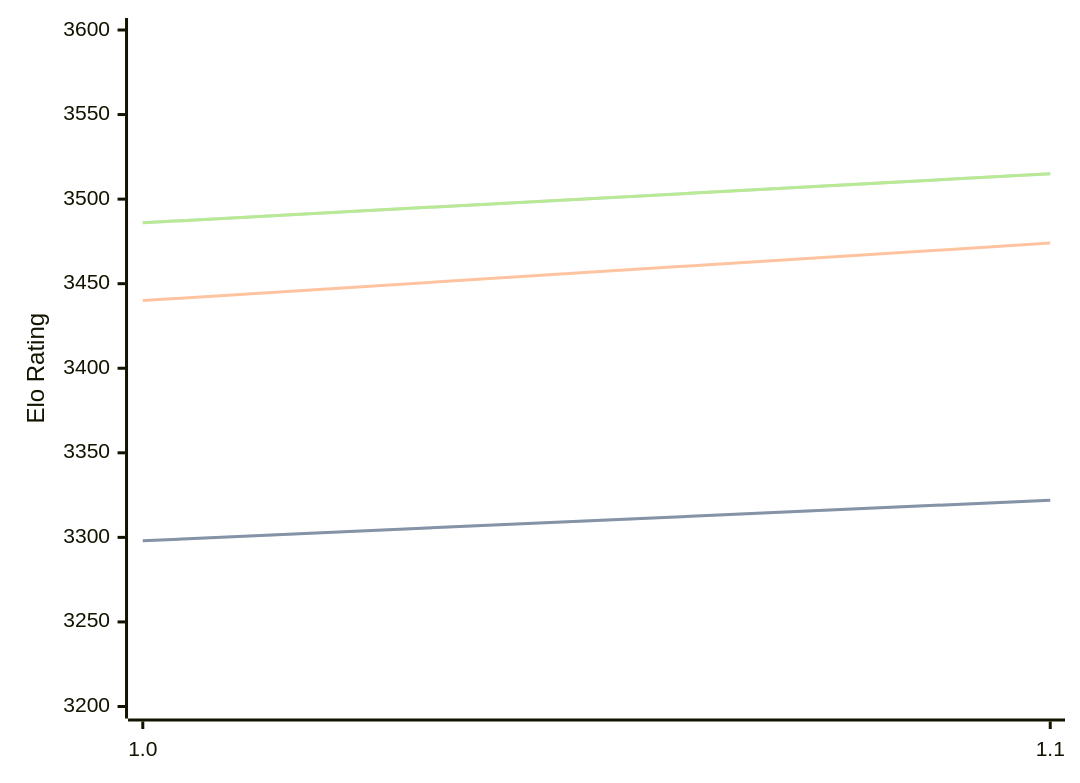
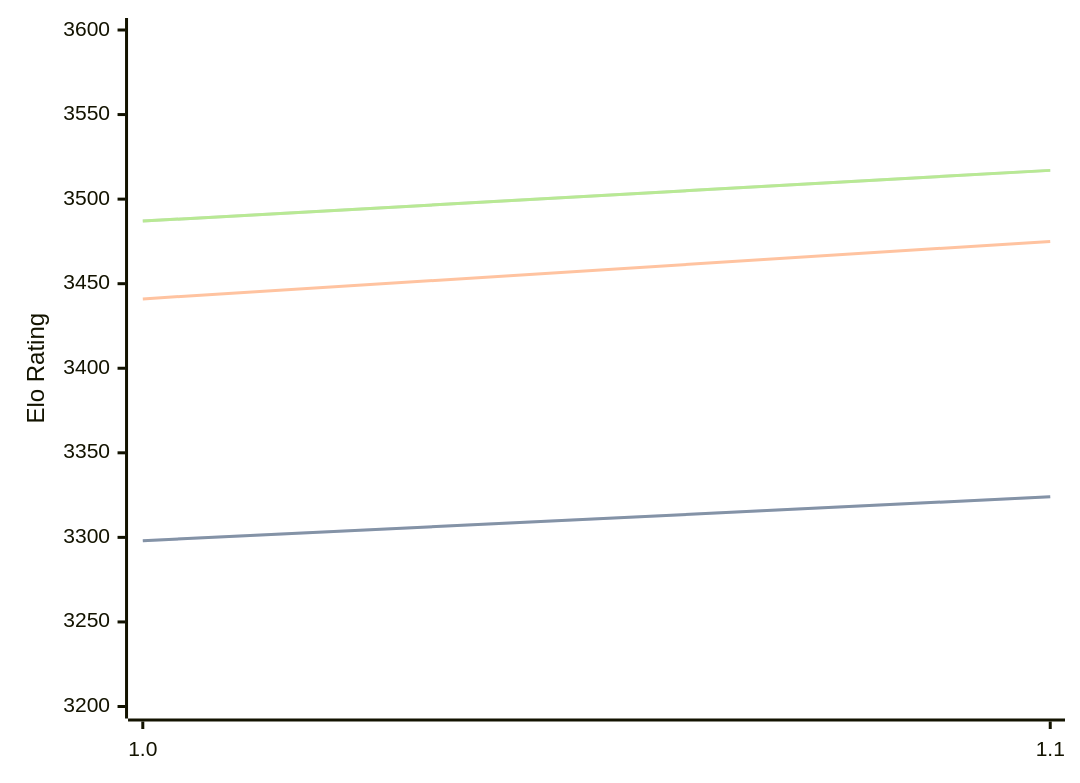
The first of 3 diagrams in engines/Icarus.md (computer-chess-index/cci), drawn with Mermaid before and after one commit. The commit also changed other lines of this file, not shown here.

Commit message:
Update CCI Ratings (ELO VLTC) - 2026-06-22

````diff
--- a/engines/Icarus.md
+++ b/engines/Icarus.md
@@ -32,11 +32,11 @@
 ```mermaid
 %%{init: {"theme":"base","themeVariables":{"seriesColors:['#a3a3a3','#222221','#faa371']}}}%%
 xychart-beta
   x-axis ["1.0", "1.1"]
   y-axis "Elo Rating" 3200 --> 3600
-  line "STC (8.0+0.08s)" [3298, 3322]
-  line "STC (8.0+0.08s)" [3298, 3322]
-  line "LTC (60.0+0.60s)" [3440, 3474]
-  line "VLTC (2m24s+1.12s)" [3486, 3515]
-  line "VLTC (2m24s+1.12s)" [3486, 3515]
+  line "STC (8.0+0.08s)" [3298, 3324]
+  line "STC (8.0+0.08s)" [3298, 3324]
+  line "LTC (60.0+0.60s)" [3441, 3475]
+  line "VLTC (2m24s+1.12s)" [3487, 3517]
+  line "VLTC (2m24s+1.12s)" [3487, 3517]
 ```
````
